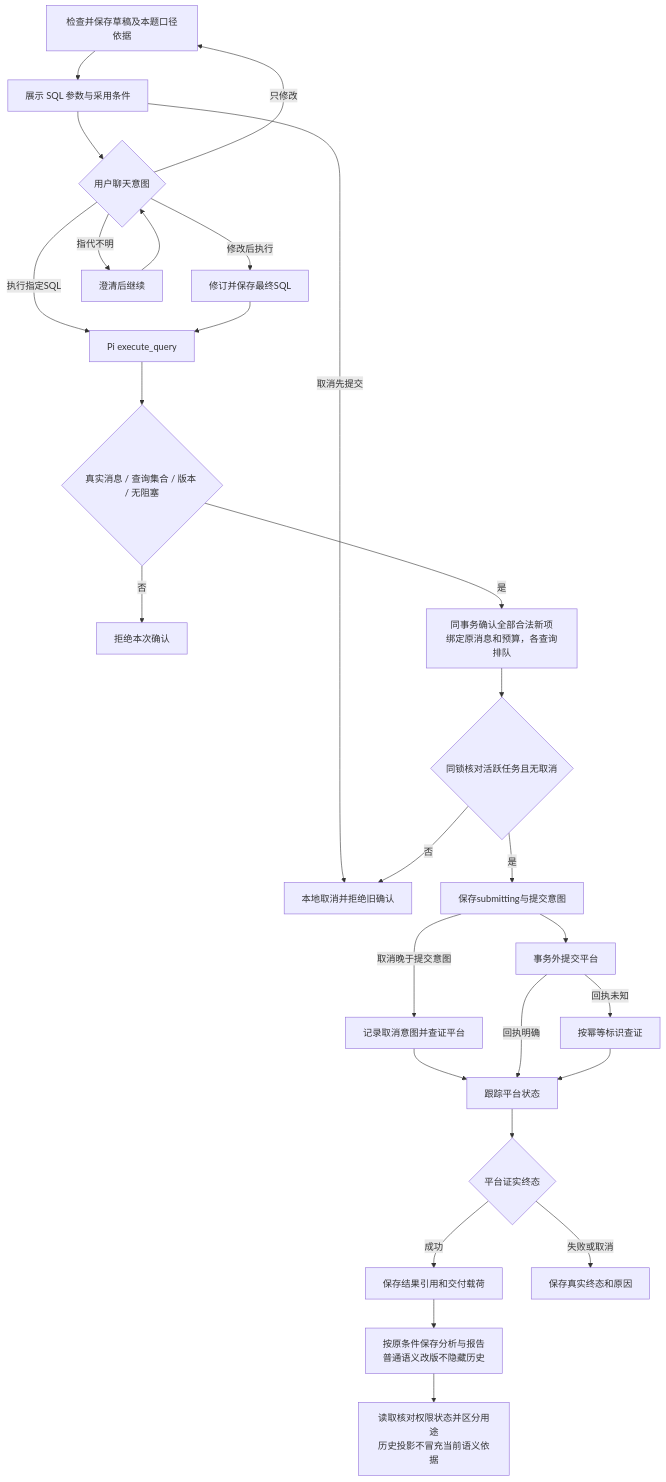
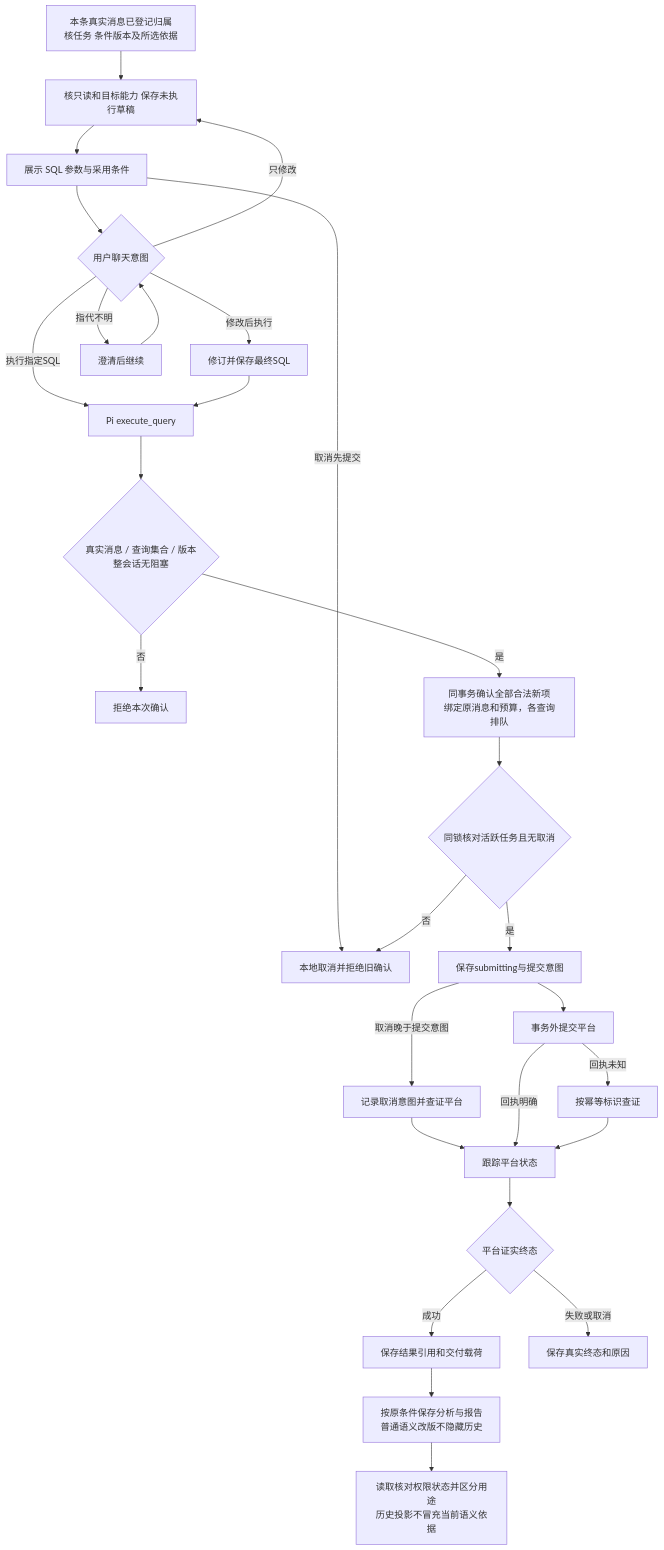
One commit to yaoziyaoguai/data_agent changed the sixth of 8 diagrams in docs/architecture/runtime-modules.md. Above: the diagram before and after it, drawn with Mermaid. The commit also changed other lines of this file and 34 other files, not shown here.

First line of the commit message:
docs: synchronize architecture and local trial guidance

````diff
--- a/docs/architecture/runtime-modules.md
+++ b/docs/architecture/runtime-modules.md
@@ -266,29 +275,30 @@
 ```mermaid
 flowchart TD
-  A[检查并保存草稿及本题口径依据] --> B[展示 SQL 参数与采用条件]
+  Input[本条真实消息已登记归属<br/>核任务 条件版本及所选依据] --> A[核只读和目标能力 保存未执行草稿]
+  A --> B[展示 SQL 参数与采用条件]
   B --> U{用户聊天意图}
   U -->|只修改| A
   U -->|修改后执行| Rev[修订并保存最终SQL]
   U -->|执行指定SQL| Auth[Pi execute_query]
   U -->|指代不明| Ask[澄清后继续]
   Ask --> U
   Rev --> Auth
-  Auth --> C{真实消息 / 查询集合 / 版本 / 无阻塞}
+  Auth --> C{真实消息 / 查询集合 / 版本<br/>整会话无阻塞}
   C -->|否| X[拒绝本次确认]
   C -->|是| D[同事务确认全部合法新项<br/>绑定原消息和预算，各查询排队]
   B -->|取消先提交| L[本地取消并拒绝旧确认]
   D --> S{同锁核对活跃任务且无取消}
   S -->|否| L
   S -->|是| Intent[保存submitting与提交意图]
   Intent --> E[事务外提交平台]
   Intent -->|取消晚于提交意图| Cancel[记录取消意图并查证平台]
   Cancel --> F
   E -->|回执明确| F[跟踪平台状态]
   E -->|回执未知| G[按幂等标识查证]
   G --> F
   F --> H{平台证实终态}
   H -->|成功| I[保存结果引用和交付载荷]
   I --> History[按原条件保存分析与报告<br/>普通语义改版不隐藏历史]
   History --> Access[读取核对权限状态并区分用途<br/>历史投影不冒充当前语义依据]
   H -->|失败或取消| J[保存真实终态和原因]
 ```
````
